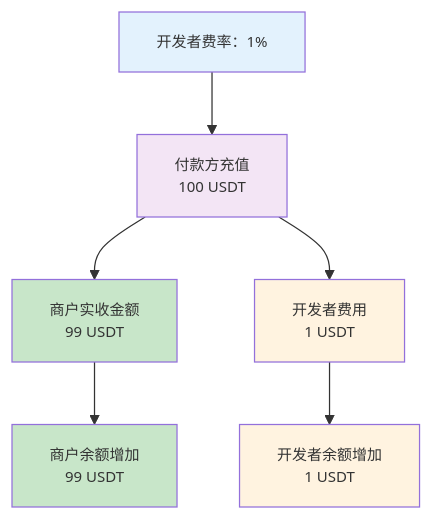
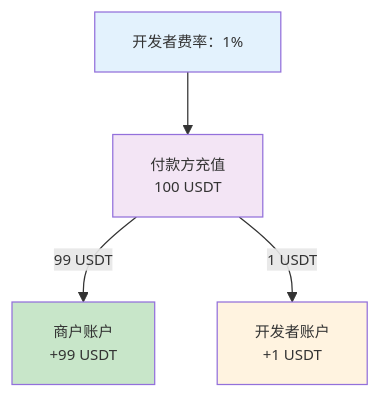
The second of 5 diagrams in payments/cn/guides/amounts-and-balances.mdx (CoboGlobal/payments-manual), drawn with Mermaid before and after one commit. The commit also changed other lines of this file and 5 other files, not shown here.

````diff
--- a/payments/cn/guides/amounts-and-balances.mdx
+++ b/payments/cn/guides/amounts-and-balances.mdx
@@ -68,19 +71,13 @@
 ```mermaid
 %%{init: {'themeVariables': { 'fontSize': '12px'}}}%%
 graph TD
     A[开发者费率：1%] --> B[付款方充值<br/>100 USDT]
     
-    B --> C[商户实收金额<br/>99 USDT]
-    B --> D[开发者费用<br/>1 USDT]
-
-    C --> E[商户余额增加<br/>99 USDT]
-    D --> F[开发者余额增加<br/>1 USDT]
-
+    B -->|99 USDT| E[商户账户<br/>+99 USDT]
+    B -->|1 USDT| F[开发者账户<br/>+1 USDT]
     
     style A fill:#e3f2fd
     style B fill:#f3e5f5
-    style C fill:#c8e6c9
-    style D fill:#fff3e0
     style E fill:#c8e6c9
     style F fill:#fff3e0
 ```
````
